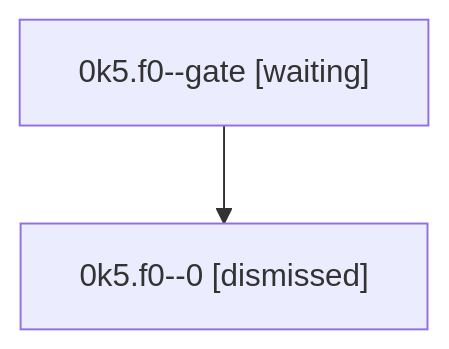
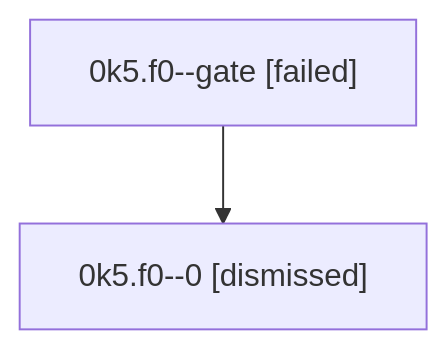
The diagram in sessions/bbugyi200.athena.0k5.f0.md (bobs-org/bob-cli--agents), drawn with Mermaid before and after one commit. The commit also changed other lines of this file and 26 other files, not shown here.

````diff
--- a/sessions/bbugyi200.athena.0k5.f0.md
+++ b/sessions/bbugyi200.athena.0k5.f0.md
@@ -9,6 +9,6 @@
 ```mermaid
 flowchart TD
-  n0["0k5.f0--gate [waiting]"]
+  n0["0k5.f0--gate [failed]"]
   n1["0k5.f0--0 [dismissed]"]
   n0 --> n1
 ```
````
